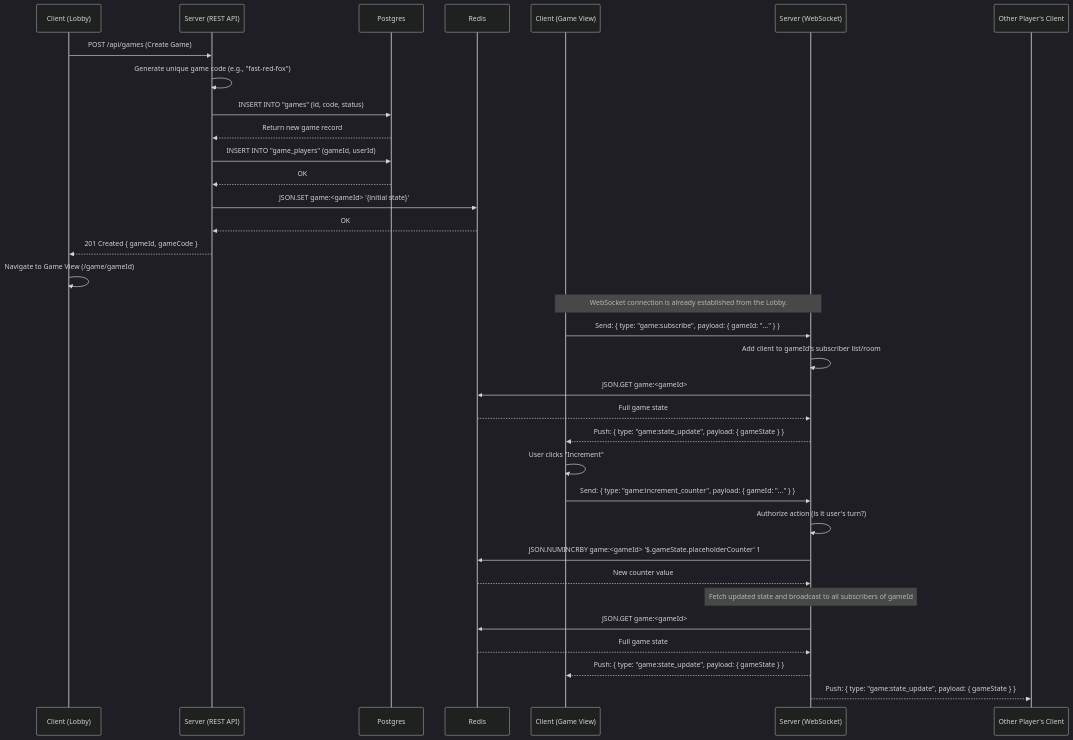
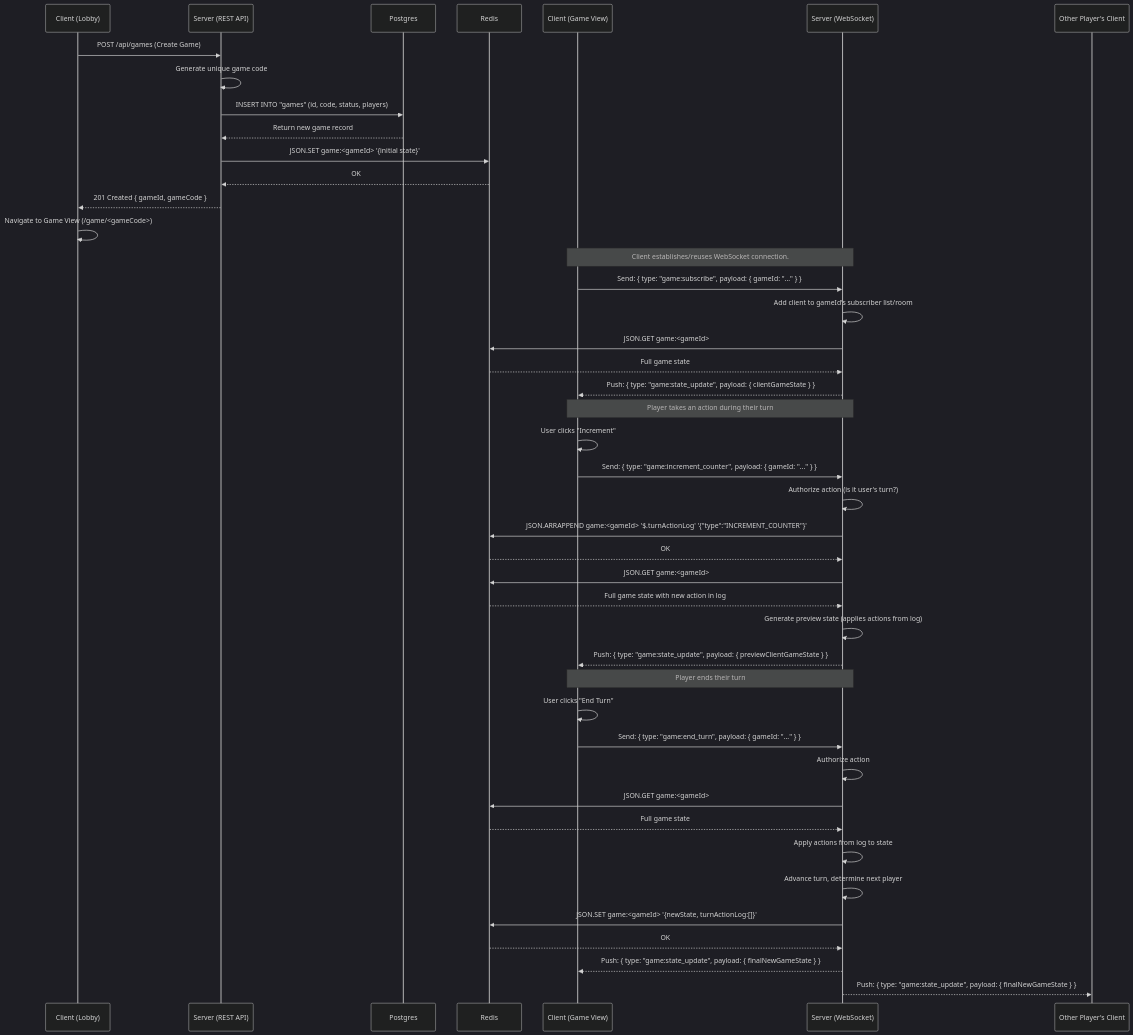
The diagram in design/game-creation-flow.md (dJPoida/hexbound), drawn with Mermaid (dark theme) before and after one commit. The commit also changed 2 other files, not shown here.

Commit message:
Updated documentation to align with recent architectural code changes.

````diff
--- a/design/game-creation-flow.md
+++ b/design/game-creation-flow.md
@@ -1,43 +1,56 @@
 ```mermaid
 sequenceDiagram
     participant C as Client (Lobby)
     participant S_API as Server (REST API)
     participant DB as Postgres
     participant R as Redis
 
     C->>S_API: POST /api/games (Create Game)
-    S_API->>S_API: Generate unique game code (e.g., "fast-red-fox")
-    S_API->>DB: INSERT INTO "games" (id, code, status)
+    S_API->>S_API: Generate unique game code
+    S_API->>DB: INSERT INTO "games" (id, code, status, players)
     DB-->>S_API: Return new game record
-    S_API->>DB: INSERT INTO "game_players" (gameId, userId)
-    DB-->>S_API: OK
     S_API->>R: JSON.SET game:<gameId> '{initial state}'
     R-->>S_API: OK
     S_API-->>C: 201 Created { gameId, gameCode }
     
-    C->>C: Navigate to Game View (/game/gameId)
+    C->>C: Navigate to Game View (/game/<gameCode>)
 
     participant C_Game as Client (Game View)
     participant S_WS as Server (WebSocket)
 
-    Note over C_Game, S_WS: WebSocket connection is already established from the Lobby.
+    Note over C_Game, S_WS: Client establishes/reuses WebSocket connection.
 
     C_Game->>S_WS: Send: { type: "game:subscribe", payload: { gameId: "..." } }
     S_WS->>S_WS: Add client to gameId's subscriber list/room
     S_WS->>R: JSON.GET game:<gameId>
     R-->>S_WS: Full game state
-    S_WS-->>C_Game: Push: { type: "game:state_update", payload: { gameState } }
+    S_WS-->>C_Game: Push: { type: "game:state_update", payload: { clientGameState } }
+
+    Note over C_Game, S_WS: Player takes an action during their turn
 
     C_Game->>C_Game: User clicks "Increment"
     C_Game->>S_WS: Send: { type: "game:increment_counter", payload: { gameId: "..." } }
     S_WS->>S_WS: Authorize action (is it user's turn?)
-    S_WS->>R: JSON.NUMINCRBY game:<gameId> '$.gameState.placeholderCounter' 1
-    R-->>S_WS: New counter value
-    
-    Note over S_WS: Fetch updated state and broadcast to all subscribers of gameId
+    S_WS->>R: JSON.ARRAPPEND game:<gameId> '$.turnActionLog' '{"type":"INCREMENT_COUNTER"}'
+    R-->>S_WS: OK
+    S_WS->>R: JSON.GET game:<gameId>
+    R-->>S_WS: Full game state with new action in log
+    S_WS->>S_WS: Generate preview state (applies actions from log)
+    S_WS-->>C_Game: Push: { type: "game:state_update", payload: { previewClientGameState } }
+
+    Note over C_Game, S_WS: Player ends their turn
+
+    C_Game->>C_Game: User clicks "End Turn"
+    C_Game->>S_WS: Send: { type: "game:end_turn", payload: { gameId: "..." } }
+    S_WS->>S_WS: Authorize action
     S_WS->>R: JSON.GET game:<gameId>
     R-->>S_WS: Full game state
-    S_WS-->>C_Game: Push: { type: "game:state_update", payload: { gameState } }
+    S_WS->>S_WS: Apply actions from log to state
+    S_WS->>S_WS: Advance turn, determine next player
+    S_WS->>R: JSON.SET game:<gameId> '{newState, turnActionLog:[]}'
+    R-->>S_WS: OK
+    
+    S_WS-->>C_Game: Push: { type: "game:state_update", payload: { finalNewGameState } }
     participant OtherPlayer as Other Player's Client
-    S_WS-->>OtherPlayer: Push: { type: "game:state_update", payload: { gameState } }
+    S_WS-->>OtherPlayer: Push: { type: "game:state_update", payload: { finalNewGameState } }
 ``` 
````
